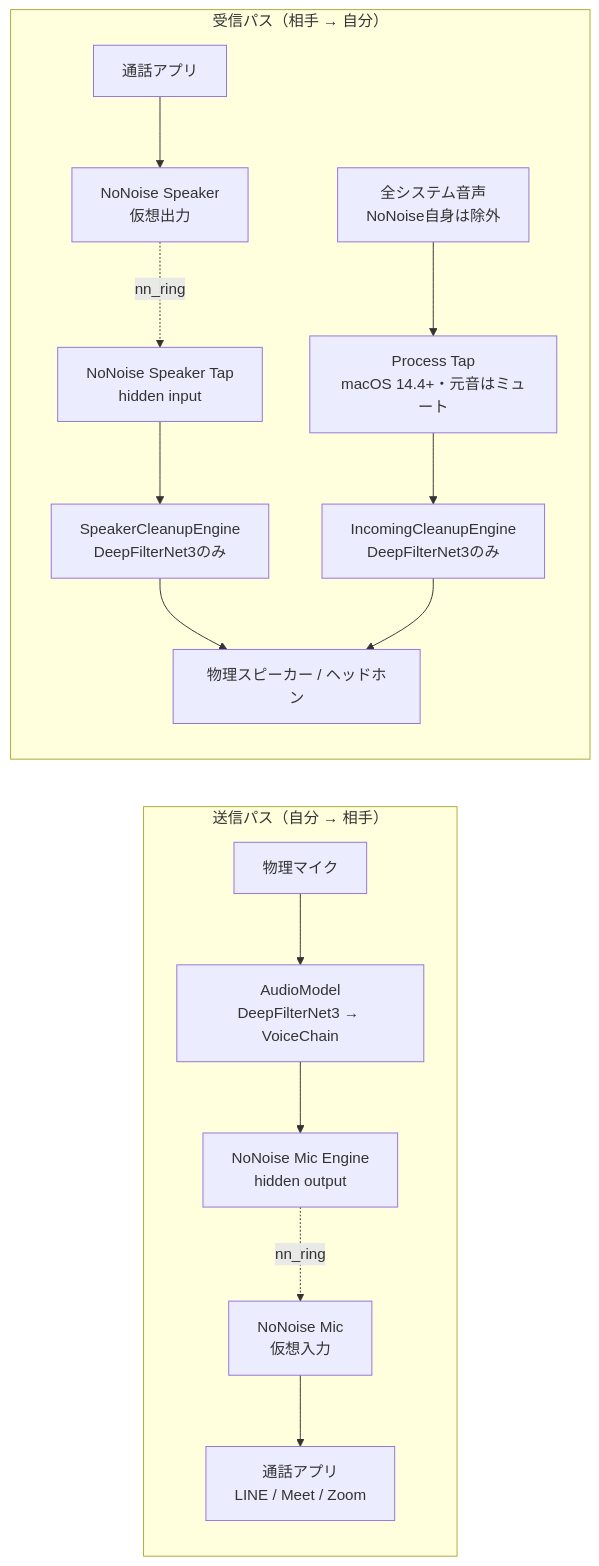
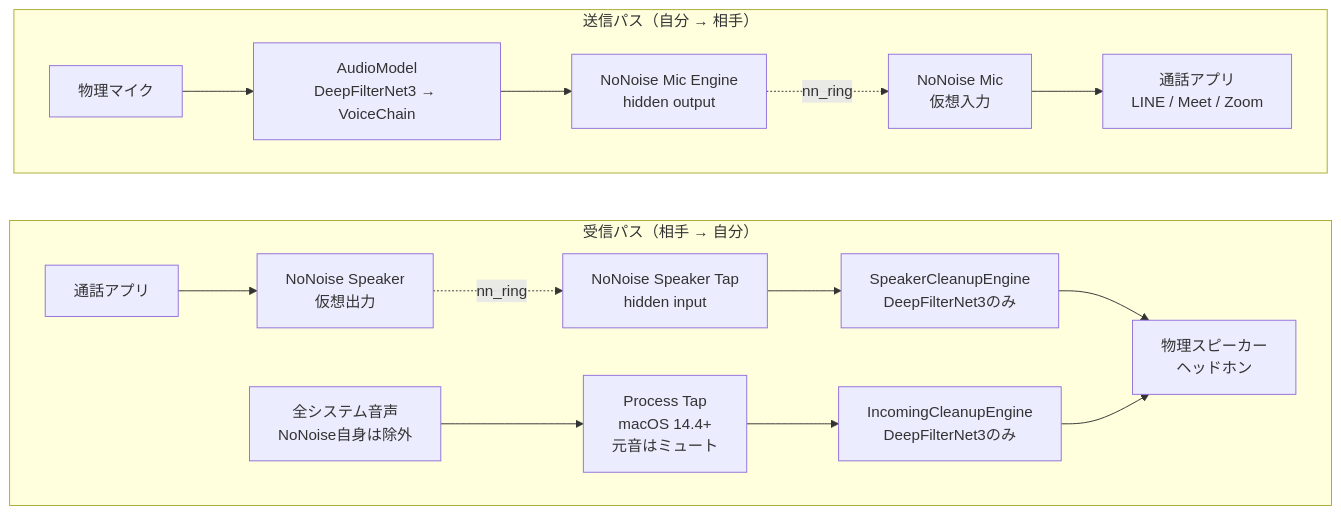
The first of 3 diagrams in README.md (korezonzi/NoNoise-Mac), drawn with Mermaid before and after one commit. The commit also changed other lines of this file, not shown here.

First line of the commit message:
docs: Mermaid図のレイアウトを実レンダリング結果に合わせて調整

````diff
--- a/README.md
+++ b/README.md
@@ -99,19 +99,22 @@
 ```mermaid
+%% 受信パスを先に定義しているのはレイアウト都合（送信パスが上に描画される）
 flowchart LR
+    subgraph IN["受信パス（相手 → 自分）"]
+        direction LR
+        APP2["通話アプリ"] --> SPK["NoNoise Speaker<br/>仮想出力"]
+        SPK -. "nn_ring" .-> STAP["NoNoise Speaker Tap<br/>hidden input"]
+        STAP --> SCE["SpeakerCleanupEngine<br/>DeepFilterNet3のみ"]
+        SYS["全システム音声<br/>NoNoise自身は除外"] --> PTAP["Process Tap<br/>macOS 14.4+<br/>元音はミュート"]
+        PTAP --> ICE["IncomingCleanupEngine<br/>DeepFilterNet3のみ"]
+        SCE --> OUTDEV["物理スピーカー<br/>ヘッドホン"]
+        ICE --> OUTDEV
+    end
+
     subgraph OUT["送信パス（自分 → 相手）"]
+        direction LR
         MIC["物理マイク"] --> AM["AudioModel<br/>DeepFilterNet3 → VoiceChain"]
         AM --> ENG["NoNoise Mic Engine<br/>hidden output"]
         ENG -. "nn_ring" .-> VMIC["NoNoise Mic<br/>仮想入力"]
         VMIC --> APP1["通話アプリ<br/>LINE / Meet / Zoom"]
     end
-
-    subgraph IN["受信パス（相手 → 自分）"]
-        APP2["通話アプリ"] --> SPK["NoNoise Speaker<br/>仮想出力"]
-        SPK -. "nn_ring" .-> STAP["NoNoise Speaker Tap<br/>hidden input"]
-        STAP --> SCE["SpeakerCleanupEngine<br/>DeepFilterNet3のみ"]
-        SYS["全システム音声<br/>NoNoise自身は除外"] --> PTAP["Process Tap<br/>macOS 14.4+・元音はミュート"]
-        PTAP --> ICE["IncomingCleanupEngine<br/>DeepFilterNet3のみ"]
-        SCE --> OUTDEV["物理スピーカー / ヘッドホン"]
-        ICE --> OUTDEV
-    end
 ```
````
